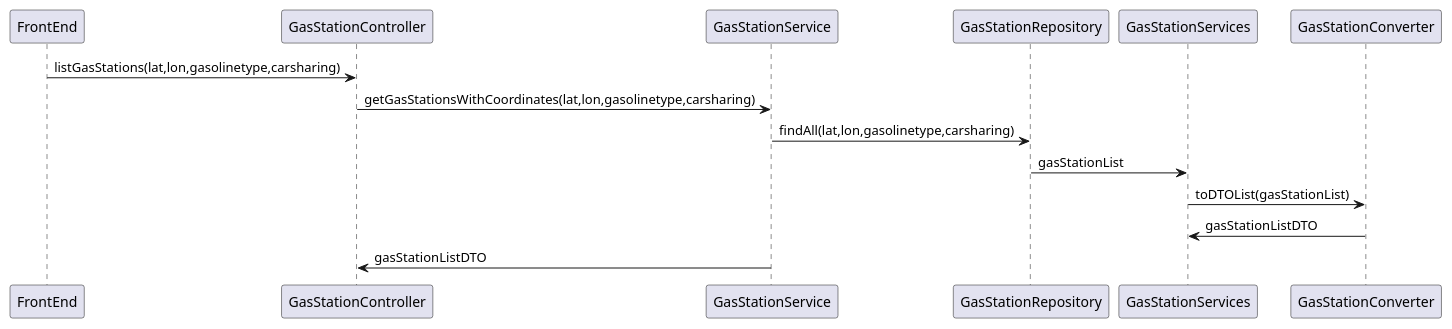
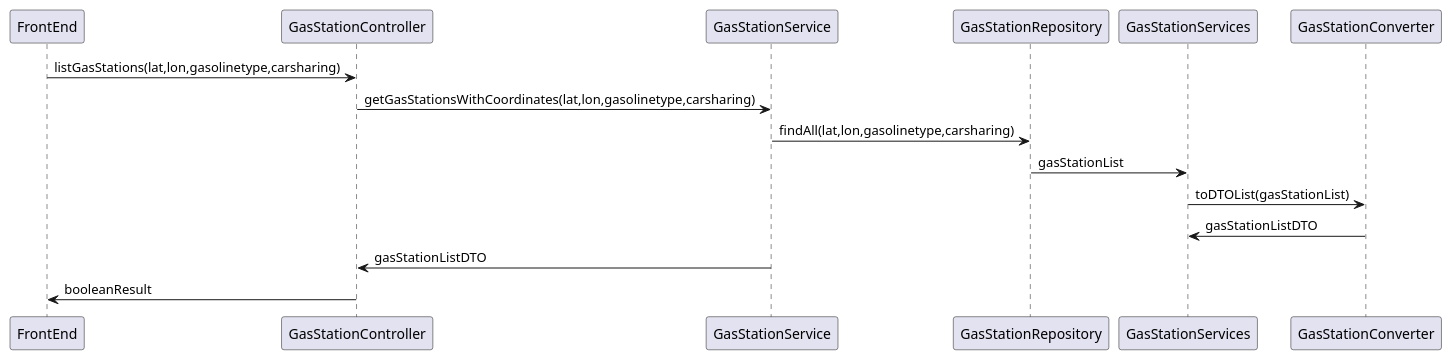
One commit to CangaRouter/ExGas changed diagram 12 of 13 in docs/DesignDocument.md. Above: the diagram before and after it, drawn with PlantUML. The commit also changed other lines of this file, not shown here.

Commit message:
docs: fix sequence diagrams

````diff
--- a/docs/DesignDocument.md
+++ b/docs/DesignDocument.md
@@ -672,12 +678,13 @@
 ```plantuml
 @startuml
     FrontEnd -> GasStationController : listGasStations(lat,lon,gasolinetype,carsharing)
     GasStationController -> GasStationService: getGasStationsWithCoordinates(lat,lon,gasolinetype,carsharing)
     GasStationService -> GasStationRepository : findAll(lat,lon,gasolinetype,carsharing)
     GasStationRepository -> GasStationServices: gasStationList
     GasStationServices -> GasStationConverter: toDTOList(gasStationList)
     GasStationConverter -> GasStationServices: gasStationListDTO
     GasStationService -> GasStationController: gasStationListDTO
+    GasStationController -> FrontEnd: booleanResult
 @enduml
 
 ```
````
